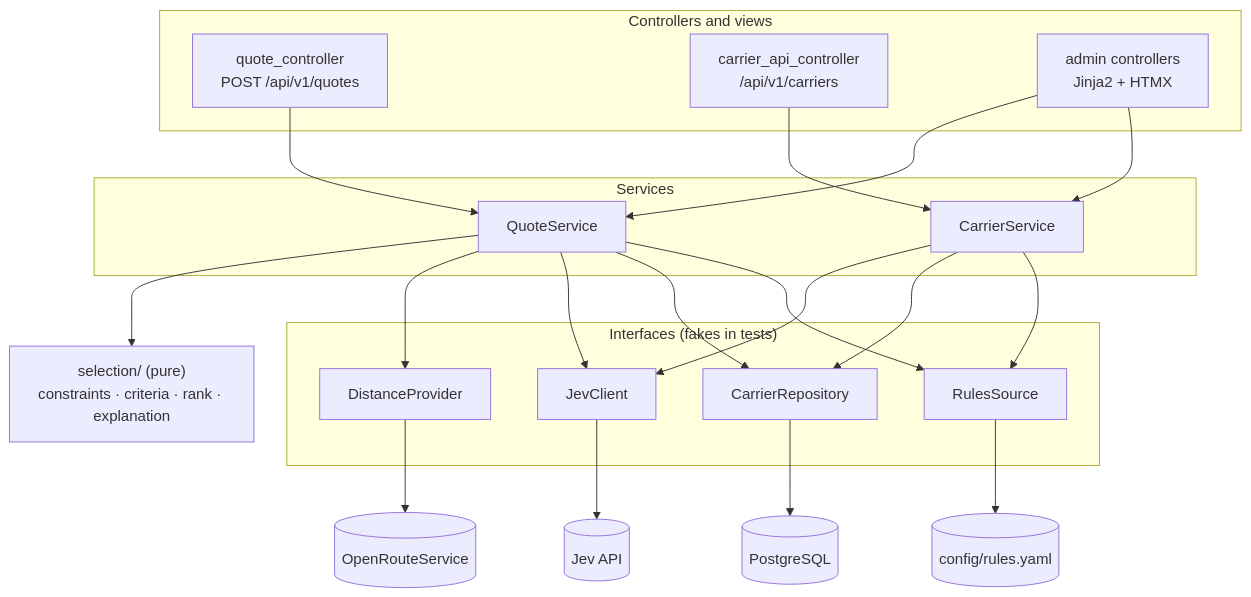
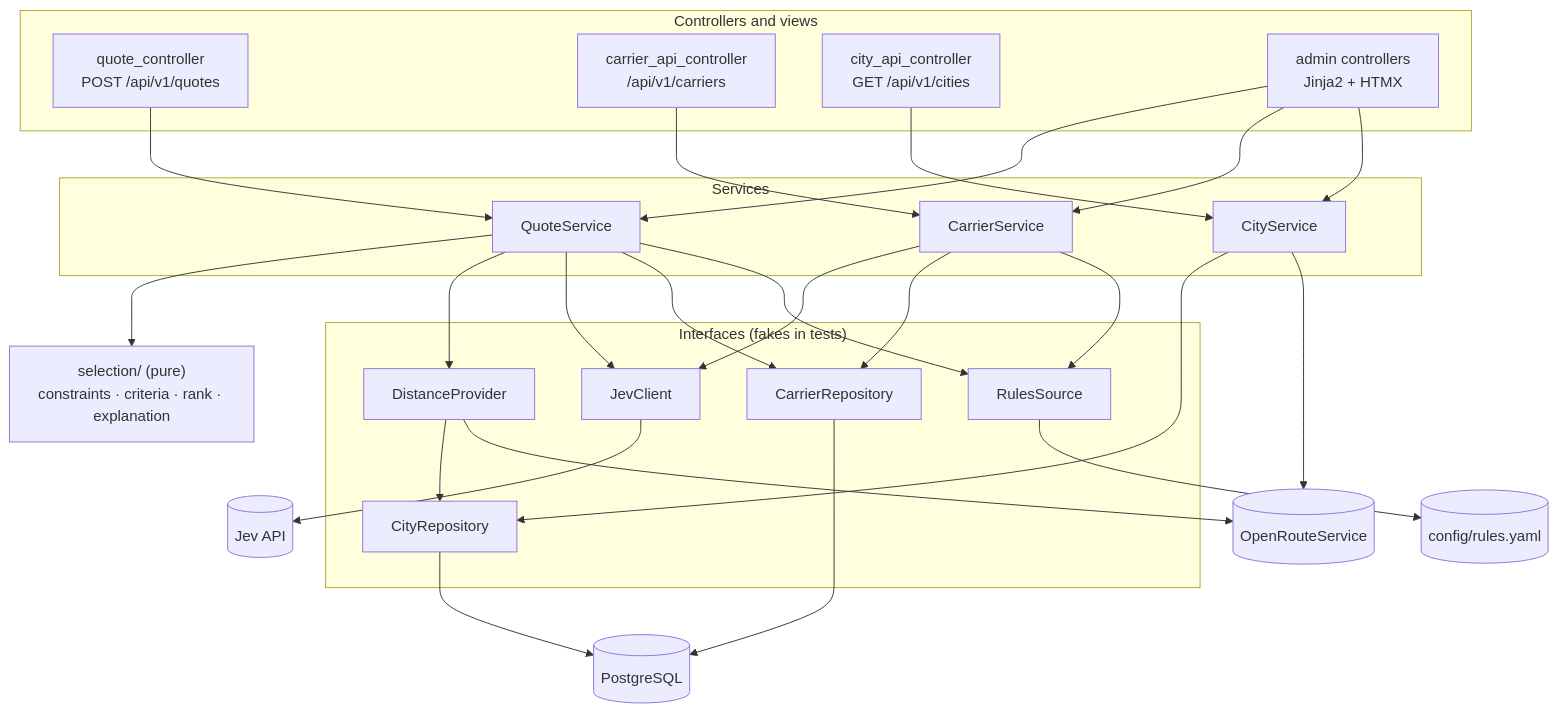
Before and after one commit to Apakkk/case1Bisoft: the diagram in README.md, drawn with Mermaid. The commit also changed other lines of this file and 26 other files, not shown here.

````diff
--- a/README.md
+++ b/README.md
@@ -36,29 +37,36 @@
 ```mermaid
 flowchart TB
   subgraph CV["Controllers and views"]
     QC["quote_controller<br/>POST /api/v1/quotes"]
     CC["carrier_api_controller<br/>/api/v1/carriers"]
+    YC["city_api_controller<br/>GET /api/v1/cities"]
     AC["admin controllers<br/>Jinja2 + HTMX"]
   end
   subgraph SV["Services"]
     QS[QuoteService]
     CS[CarrierService]
+    YS[CityService]
   end
   SEL["selection/ (pure)<br/>constraints · criteria · rank · explanation"]
   subgraph IF["Interfaces (fakes in tests)"]
     DP[DistanceProvider]
     JC[JevClient]
     CR[CarrierRepository]
     RS[RulesSource]
+    YR[CityRepository]
   end
   QC --> QS
   CC --> CS
-  AC --> QS & CS
+  YC --> YS
+  AC --> QS & CS & YS
   QS --> SEL
   QS --> DP & JC & CR & RS
   CS --> JC & CR & RS
+  YS --> YR & ORS
+  DP --> YR
   DP --> ORS[(OpenRouteService)]
   JC --> JEV[(Jev API)]
   CR --> PG[(PostgreSQL)]
+  YR --> PG
   RS --> YAML[(config/rules.yaml)]
 ```
````
